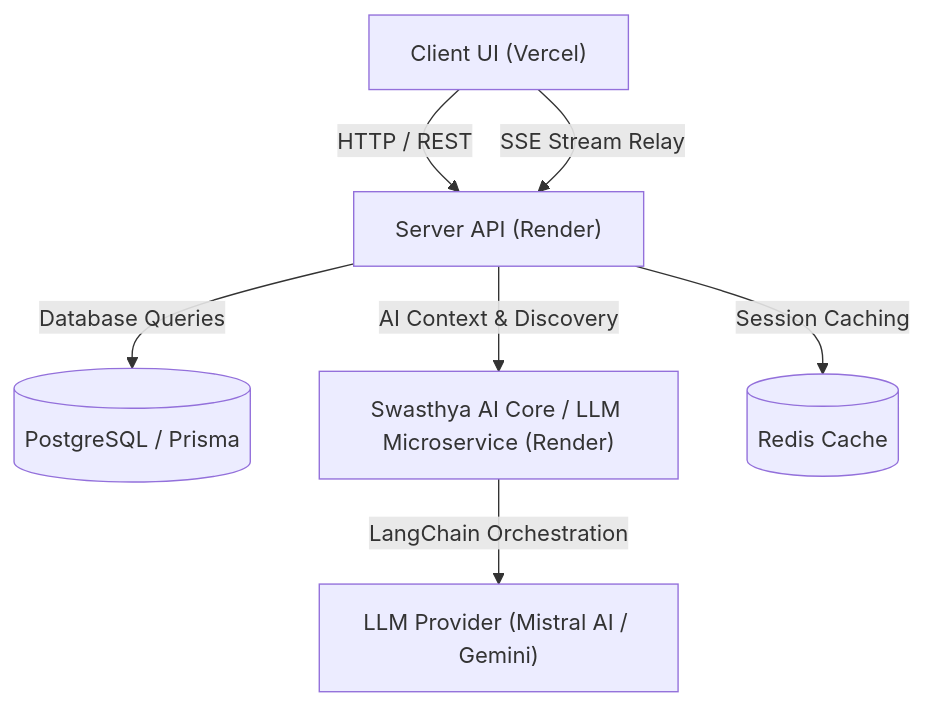
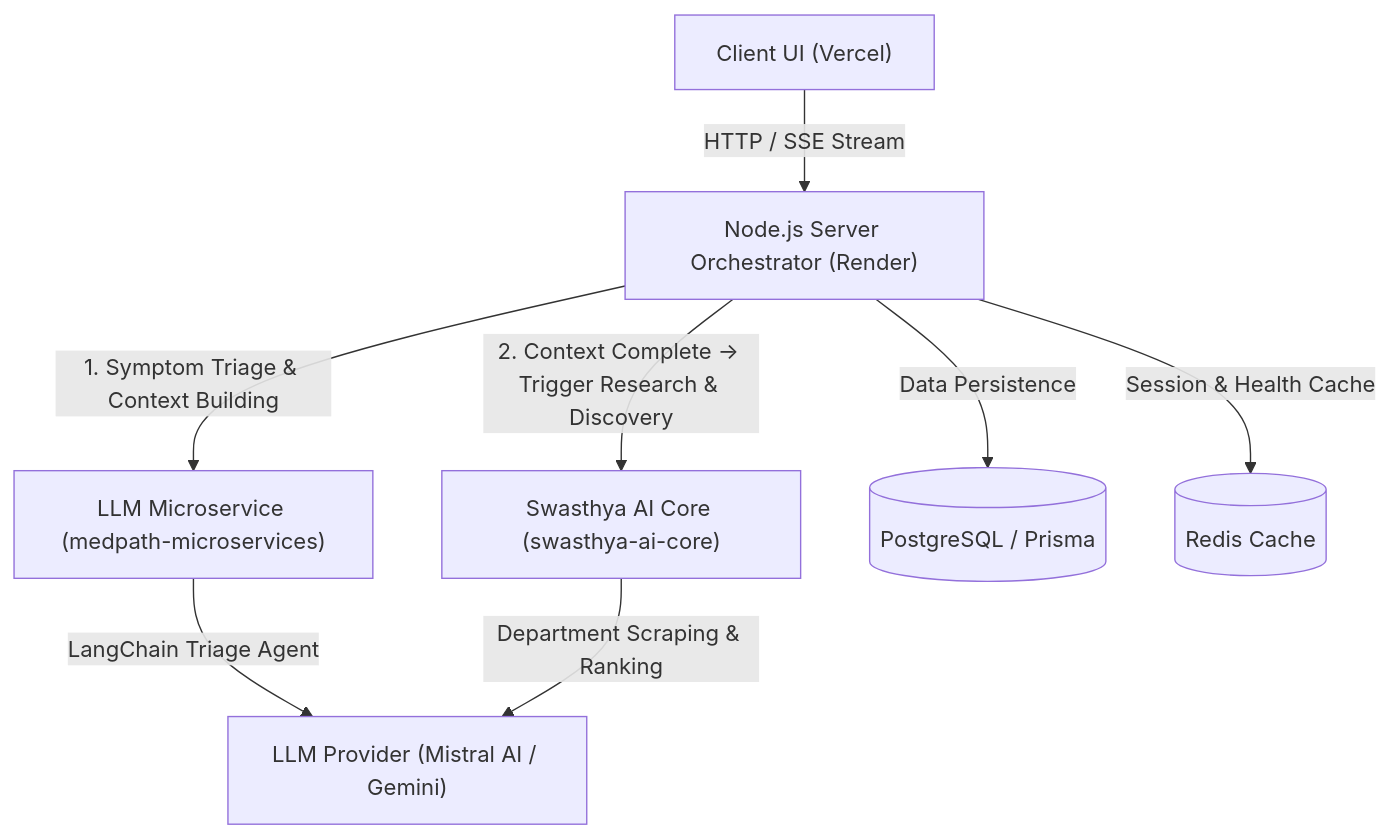
The diagram in README.md (Amankumar140/MedPath), drawn with Mermaid before and after one commit. The commit also changed other lines of this file, not shown here.

````diff
--- a/README.md
+++ b/README.md
@@ -37,9 +40,10 @@
 ```mermaid
 graph TD
-    A["Client UI (Vercel)"] -->|HTTP / REST| B["Server API (Render)"]
-    A -->|SSE Stream Relay| B
-    B -->|Database Queries| C[(PostgreSQL / Prisma)]
-    B -->|AI Context & Discovery| D["Swasthya AI Core / LLM Microservice (Render)"]
-    D -->|LangChain Orchestration| E["LLM Provider (Mistral AI / Gemini)"]
-    B -->|Session Caching| F[(Redis Cache)]
+    A["Client UI (Vercel)"] -->|HTTP / SSE Stream| B["Node.js Server Orchestrator (Render)"]
+    B -->|1. Symptom Triage & Context Building| C["LLM Microservice (medpath-microservices)"]
+    B -->|2. Context Complete -> Trigger Research & Discovery| D["Swasthya AI Core (swasthya-ai-core)"]
+    C -->|LangChain Triage Agent| E["LLM Provider (Mistral AI / Gemini)"]
+    D -->|Department Scraping & Ranking| E
+    B -->|Data Persistence| F[(PostgreSQL / Prisma)]
+    B -->|Session & Health Cache| G[(Redis Cache)]
 ```
````
